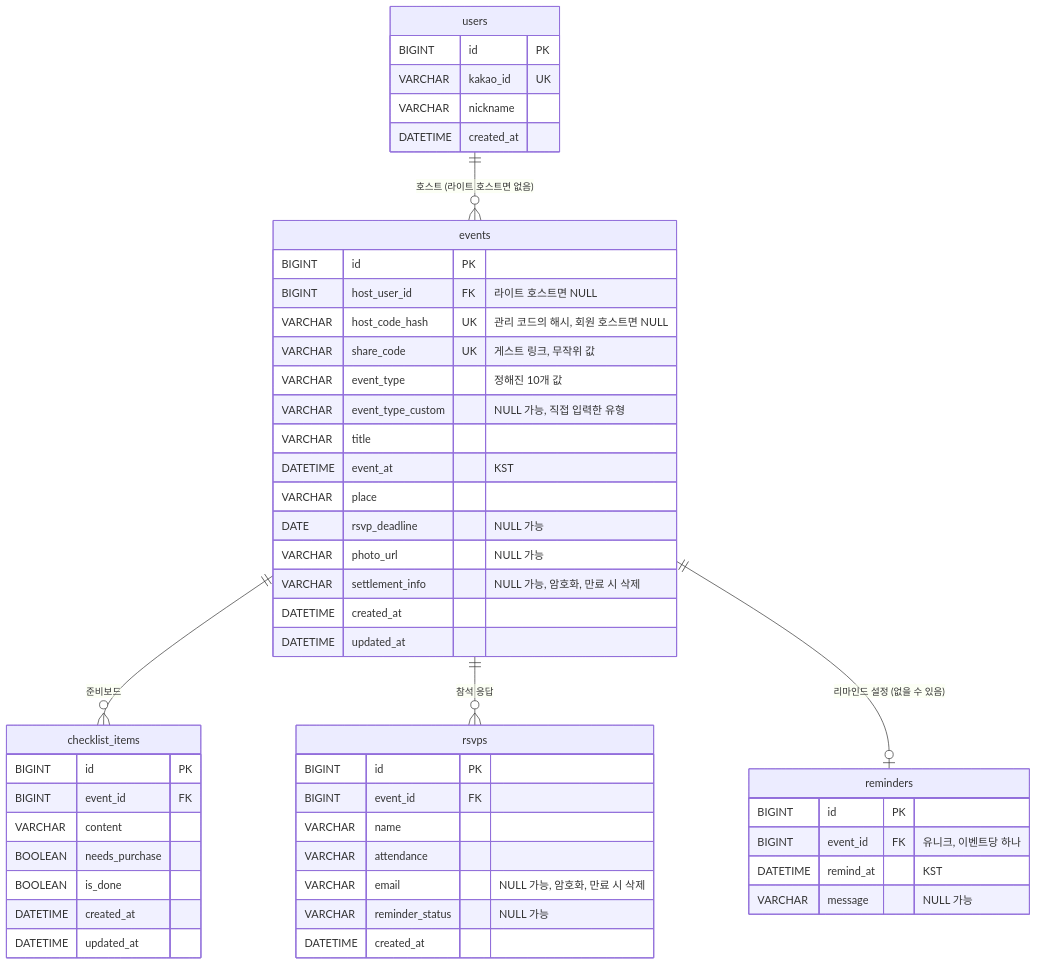
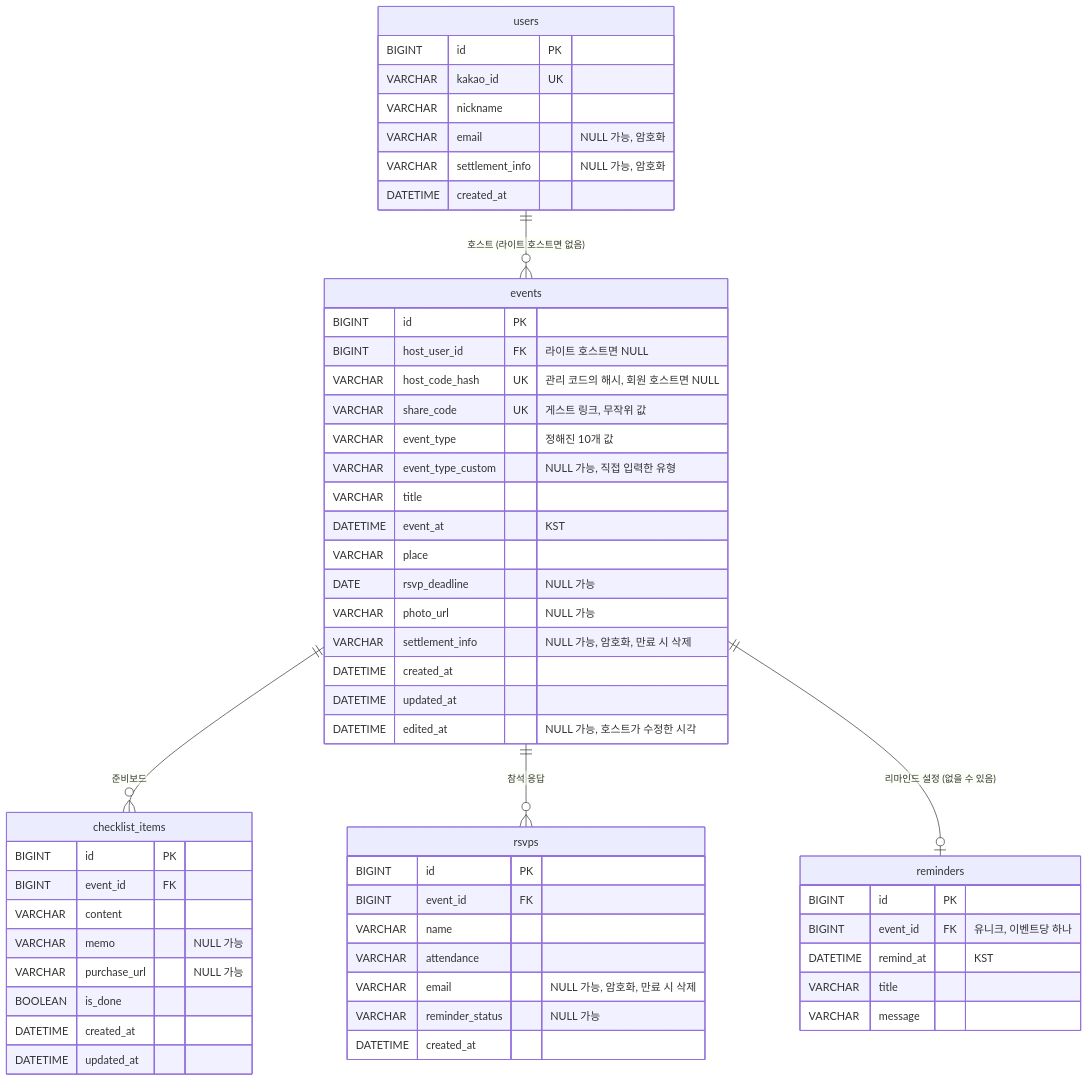
Before and after one commit to SWYP-16-WEB/SWYP-INVITE-BE: the diagram in docs/backend.md, drawn with Mermaid. The commit also changed other lines of this file and 10 other files, not shown here.

````diff
--- a/docs/backend.md
+++ b/docs/backend.md
@@ -182,54 +193,59 @@
 ```mermaid
 erDiagram
     users ||--o{ events : "호스트 (라이트 호스트면 없음)"
     events ||--o{ checklist_items : "준비보드"
     events ||--o{ rsvps : "참석 응답"
     events ||--o| reminders : "리마인드 설정 (없을 수 있음)"
 
     users {
         BIGINT id PK
         VARCHAR kakao_id UK
         VARCHAR nickname
+        VARCHAR email "NULL 가능, 암호화"
+        VARCHAR settlement_info "NULL 가능, 암호화"
         DATETIME created_at
     }
     events {
         BIGINT id PK
         BIGINT host_user_id FK "라이트 호스트면 NULL"
         VARCHAR host_code_hash UK "관리 코드의 해시, 회원 호스트면 NULL"
         VARCHAR share_code UK "게스트 링크, 무작위 값"
         VARCHAR event_type "정해진 10개 값"
         VARCHAR event_type_custom "NULL 가능, 직접 입력한 유형"
         VARCHAR title
         DATETIME event_at "KST"
         VARCHAR place
         DATE rsvp_deadline "NULL 가능"
         VARCHAR photo_url "NULL 가능"
         VARCHAR settlement_info "NULL 가능, 암호화, 만료 시 삭제"
         DATETIME created_at
         DATETIME updated_at
+        DATETIME edited_at "NULL 가능, 호스트가 수정한 시각"
     }
     checklist_items {
         BIGINT id PK
         BIGINT event_id FK
         VARCHAR content
-        BOOLEAN needs_purchase
+        VARCHAR memo "NULL 가능"
+        VARCHAR purchase_url "NULL 가능"
         BOOLEAN is_done
         DATETIME created_at
         DATETIME updated_at
     }
     rsvps {
         BIGINT id PK
         BIGINT event_id FK
         VARCHAR name
         VARCHAR attendance
         VARCHAR email "NULL 가능, 암호화, 만료 시 삭제"
         VARCHAR reminder_status "NULL 가능"
         DATETIME created_at
     }
     reminders {
         BIGINT id PK
         BIGINT event_id FK "유니크, 이벤트당 하나"
         DATETIME remind_at "KST"
-        VARCHAR message "NULL 가능"
+        VARCHAR title
+        VARCHAR message
     }
 ```
````
